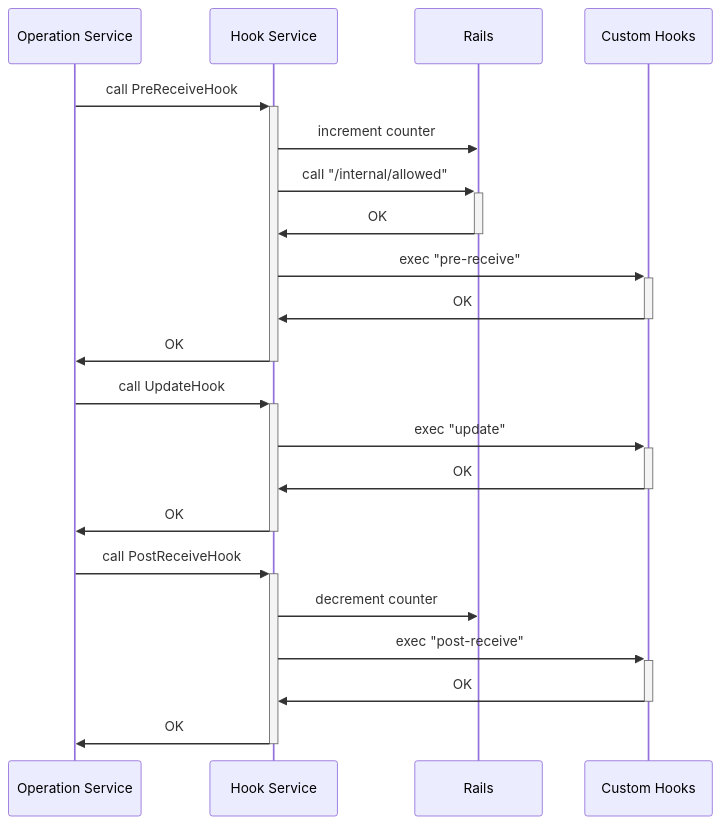
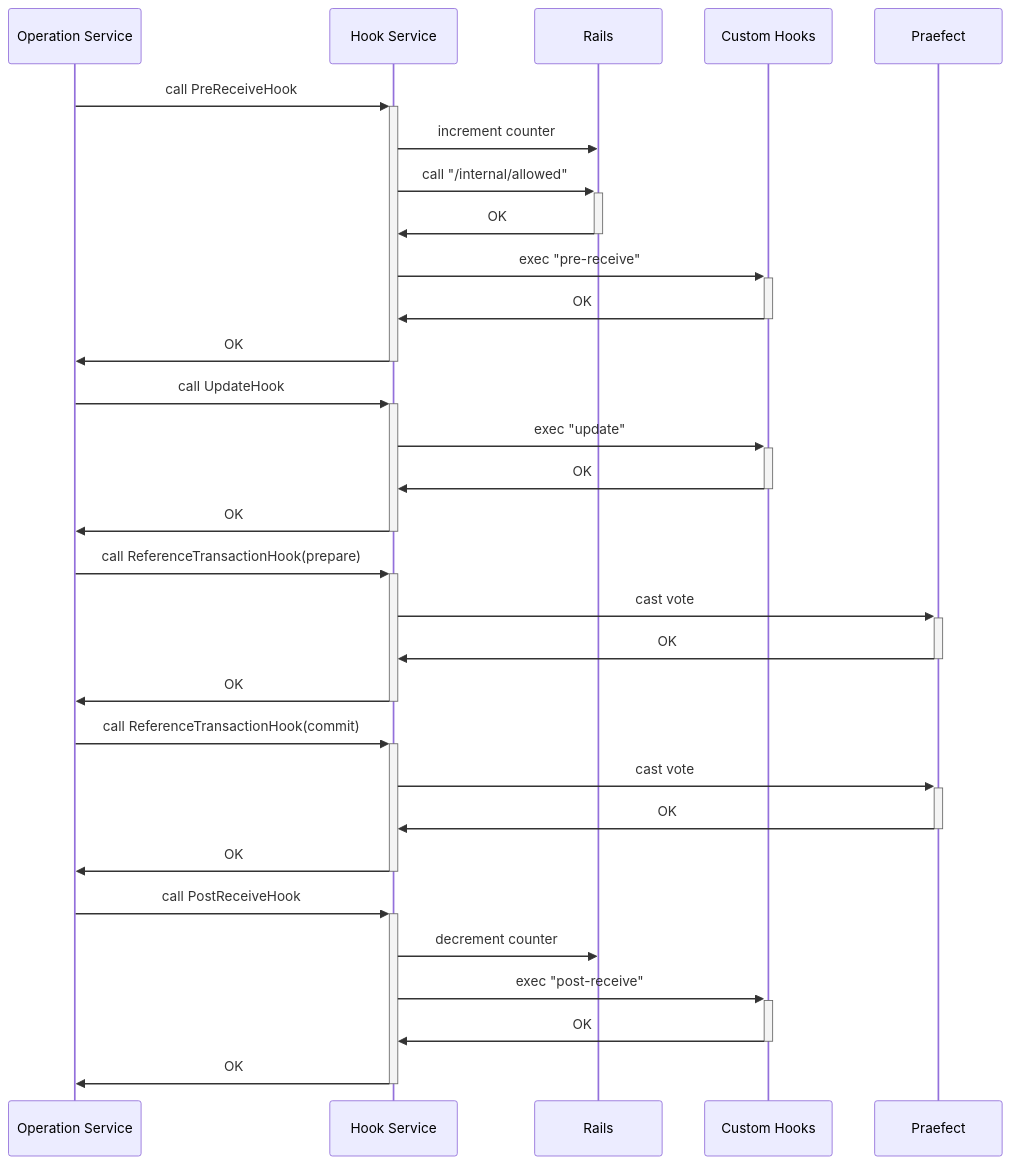
Before and after one commit to zhangshuyun/gitaly: the second of 2 diagrams in doc/hooks.md, drawn with Mermaid. The commit also changed other lines of this file, not shown here.

First line of the commit message:
doc: Document reference-transaction hook

````diff
--- a/doc/hooks.md
+++ b/doc/hooks.md
@@ -162,21 +217,31 @@
 ```mermaid
 sequenceDiagram
     Operation Service->>+Hook Service: call PreReceiveHook
     Hook Service->>Rails: increment counter
     Hook Service->>+Rails: call "/internal/allowed"
     Rails->>-Hook Service: OK
     Hook Service->>+Custom Hooks: exec "pre-receive"
     Custom Hooks->>-Hook Service: OK
     Hook Service->>-Operation Service: OK
 
     Operation Service->>+Hook Service: call UpdateHook
     Hook Service->>+Custom Hooks: exec "update"
     Custom Hooks->>-Hook Service: OK
     Hook Service->>-Operation Service: OK
 
+    Operation Service->>+Hook Service: call ReferenceTransactionHook(prepare)
+    Hook Service->>+Praefect: cast vote
+    Praefect->>-Hook Service: OK
+    Hook Service->>-Operation Service: OK
+
+    Operation Service->>+Hook Service: call ReferenceTransactionHook(commit)
+    Hook Service->>+Praefect: cast vote
+    Praefect->>-Hook Service: OK
+    Hook Service->>-Operation Service: OK
+
     Operation Service->>+Hook Service: call PostReceiveHook
     Hook Service->>Rails: decrement counter
     Hook Service->>+Custom Hooks: exec "post-receive"
     Custom Hooks->>-Hook Service: OK
     Hook Service->>-Operation Service: OK
 ```
````
